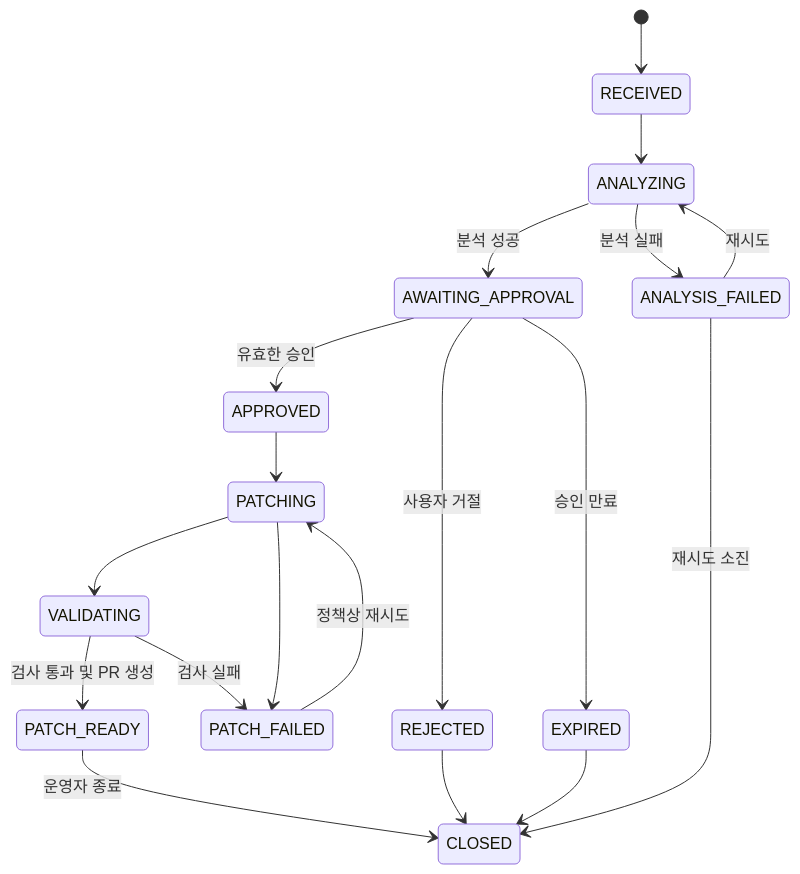
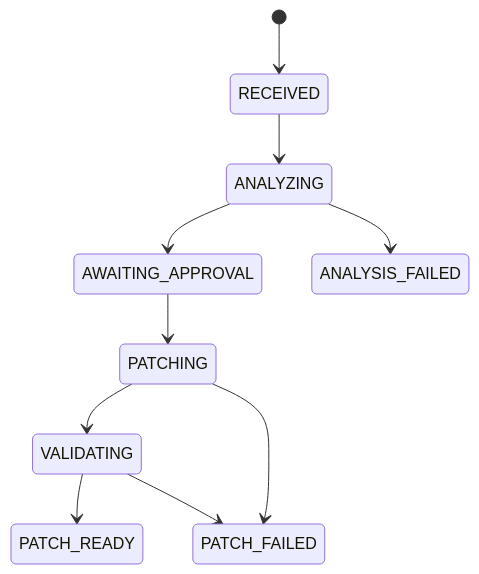
Before and after one commit to glistering96/auto-error-handler: the third of 3 diagrams in docs/service-architecture.md, drawn with Mermaid. The commit also changed other lines of this file and 5 other files, not shown here.

````diff
--- a/docs/service-architecture.md
+++ b/docs/service-architecture.md
@@ -270,21 +184,12 @@
 ```mermaid
 stateDiagram-v2
     [*] --> RECEIVED
     RECEIVED --> ANALYZING
-    ANALYZING --> AWAITING_APPROVAL: 분석 성공
-    ANALYZING --> ANALYSIS_FAILED: 분석 실패
-    ANALYSIS_FAILED --> ANALYZING: 재시도
-    AWAITING_APPROVAL --> APPROVED: 유효한 승인
-    AWAITING_APPROVAL --> REJECTED: 사용자 거절
-    AWAITING_APPROVAL --> EXPIRED: 승인 만료
-    APPROVED --> PATCHING
+    ANALYZING --> AWAITING_APPROVAL
+    ANALYZING --> ANALYSIS_FAILED
+    AWAITING_APPROVAL --> PATCHING
     PATCHING --> VALIDATING
     PATCHING --> PATCH_FAILED
-    VALIDATING --> PATCH_READY: 검사 통과 및 PR 생성
-    VALIDATING --> PATCH_FAILED: 검사 실패
-    PATCH_FAILED --> PATCHING: 정책상 재시도
-    PATCH_READY --> CLOSED: 운영자 종료
-    REJECTED --> CLOSED
-    EXPIRED --> CLOSED
-    ANALYSIS_FAILED --> CLOSED: 재시도 소진
+    VALIDATING --> PATCH_READY
+    VALIDATING --> PATCH_FAILED
 ```
````
